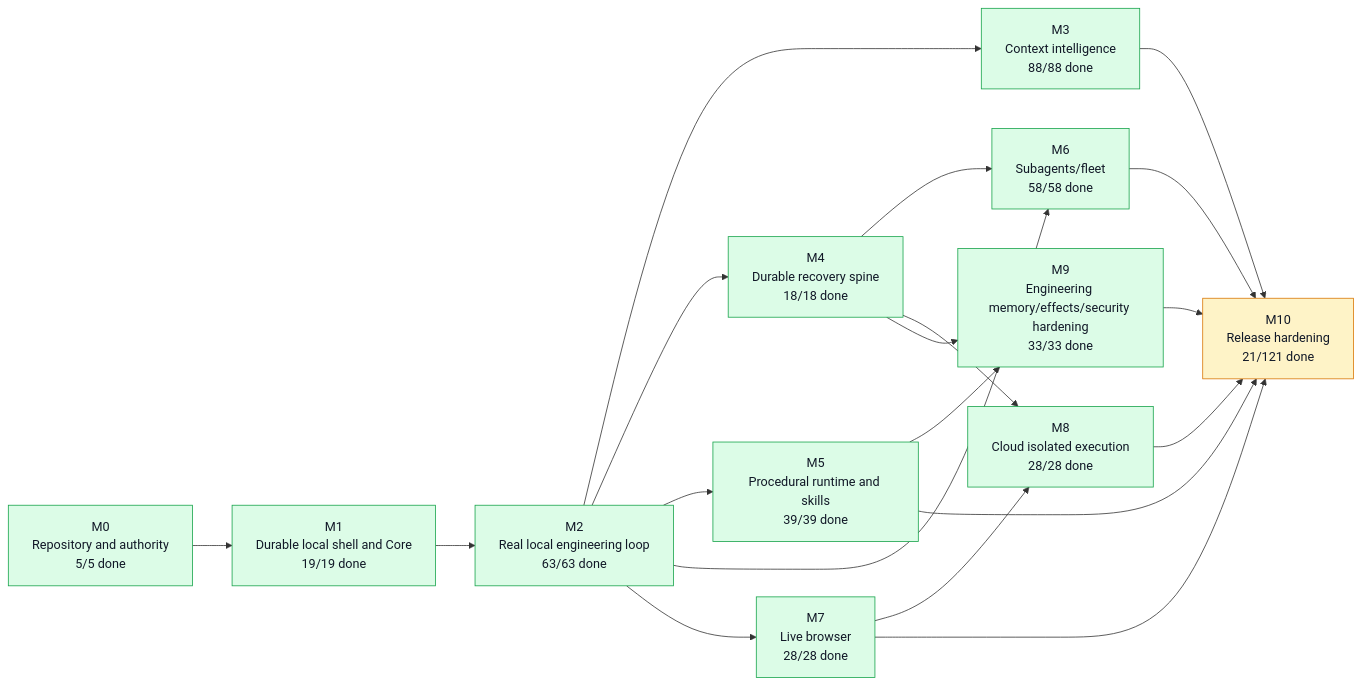
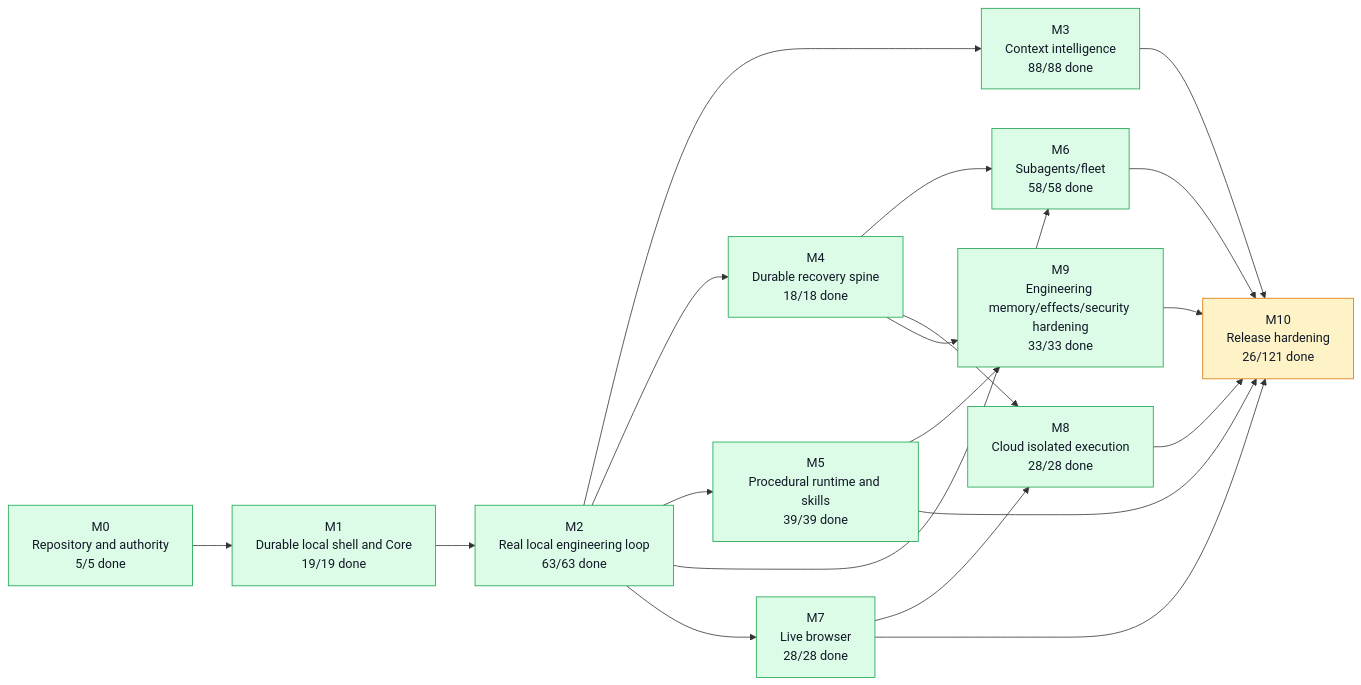
The first of 5 diagrams in graph/PROJECT_GRAPH.md (moss101/modbit), drawn with Mermaid before and after one commit. The commit also changed other lines of this file and 19 other files, not shown here.

First line of the commit message:
chore(graph): close PX-134, PX-044, PX-131, PX-132, PX-099; PX-118 to REAL_TESTING (#125)

````diff
--- a/graph/PROJECT_GRAPH.md
+++ b/graph/PROJECT_GRAPH.md
@@ -57,43 +57,43 @@
 ```mermaid
 flowchart LR
   M0["M0<br/>Repository and authority<br/>5/5 done"]
   M1["M1<br/>Durable local shell and Core<br/>19/19 done"]
   M2["M2<br/>Real local engineering loop<br/>63/63 done"]
   M3["M3<br/>Context intelligence<br/>88/88 done"]
   M4["M4<br/>Durable recovery spine<br/>18/18 done"]
   M5["M5<br/>Procedural runtime and skills<br/>39/39 done"]
   M6["M6<br/>Subagents/fleet<br/>58/58 done"]
   M7["M7<br/>Live browser<br/>28/28 done"]
   M8["M8<br/>Cloud isolated execution<br/>28/28 done"]
   M9["M9<br/>Engineering memory/effects/security hardening<br/>33/33 done"]
-  M10["M10<br/>Release hardening<br/>21/121 done"]
+  M10["M10<br/>Release hardening<br/>26/121 done"]
   M0 --> M1
   M1 --> M2
   M2 --> M3
   M2 --> M4
   M2 --> M5
   M2 --> M6
   M4 --> M6
   M2 --> M7
   M4 --> M8
   M7 --> M8
   M4 --> M9
   M5 --> M9
   M3 --> M10
   M5 --> M10
   M6 --> M10
   M7 --> M10
   M8 --> M10
   M9 --> M10
   style M0 fill:#dcfce7,stroke:#16a34a,color:#111827
   style M1 fill:#dcfce7,stroke:#16a34a,color:#111827
   style M2 fill:#dcfce7,stroke:#16a34a,color:#111827
   style M3 fill:#dcfce7,stroke:#16a34a,color:#111827
   style M4 fill:#dcfce7,stroke:#16a34a,color:#111827
   style M5 fill:#dcfce7,stroke:#16a34a,color:#111827
   style M6 fill:#dcfce7,stroke:#16a34a,color:#111827
   style M7 fill:#dcfce7,stroke:#16a34a,color:#111827
   style M8 fill:#dcfce7,stroke:#16a34a,color:#111827
   style M9 fill:#dcfce7,stroke:#16a34a,color:#111827
   style M10 fill:#fef3c7,stroke:#d97706,color:#111827
 ```
````
